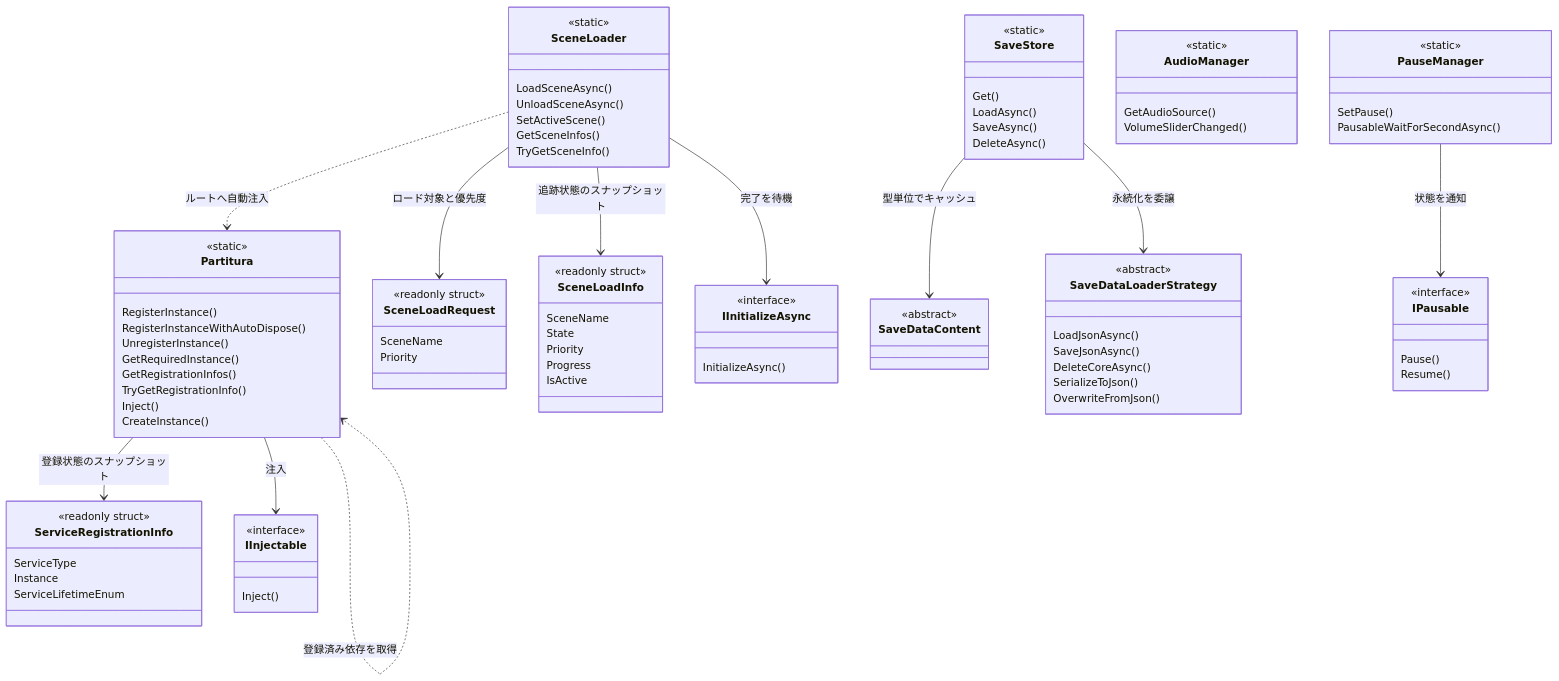
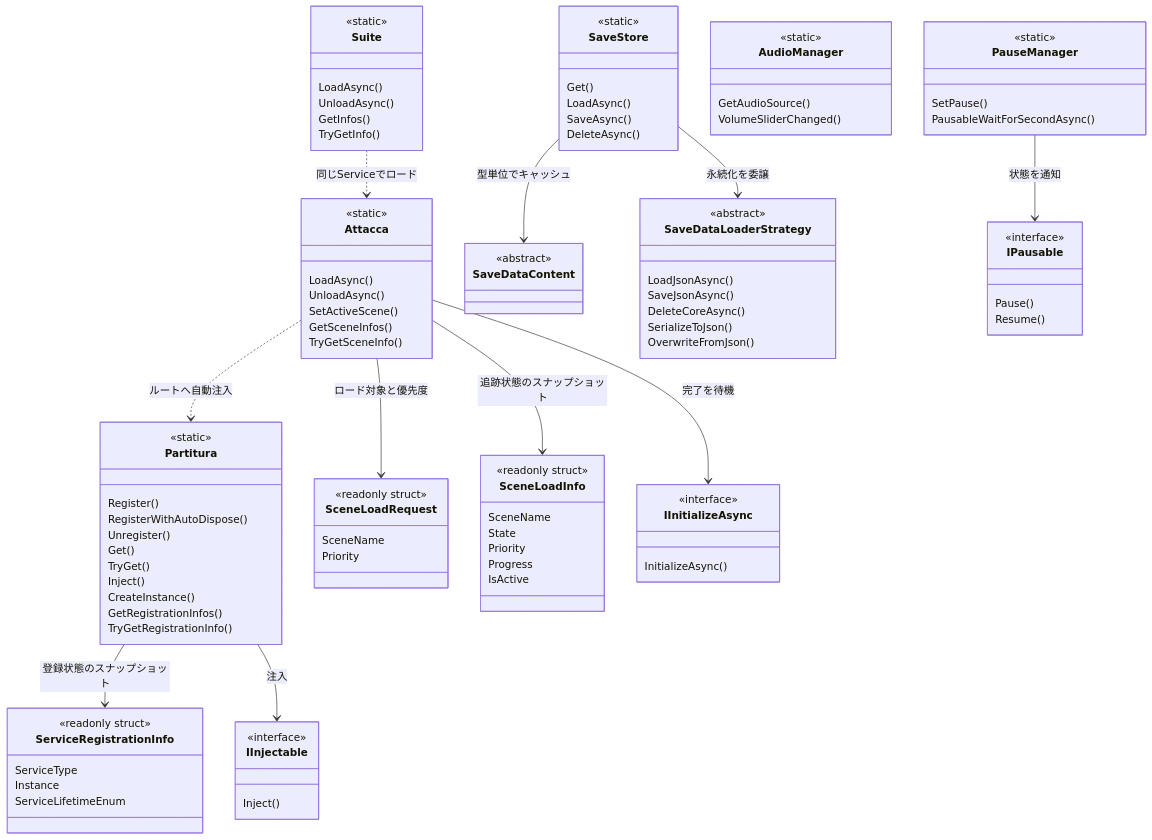
The third of 9 diagrams in Documentation/ModuleInternals.md (HIBIKI5201/SymphonyWorkspace), drawn with Mermaid before and after one commit. The commit also changed other lines of this file and 8 other files, not shown here.

```diff
--- a/Documentation/ModuleInternals.md
+++ b/Documentation/ModuleInternals.md
@@ -58,10 +58,13 @@
 classDiagram
     class Partitura {
         <<static>>
-        RegisterInstance()
-        RegisterInstanceWithAutoDispose()
-        UnregisterInstance()
-        GetRequiredInstance()
+        Register()
+        RegisterWithAutoDispose()
+        Unregister()
+        Get()
+        TryGet()
+        Inject()
+        CreateInstance()
         GetRegistrationInfos()
         TryGetRegistrationInfo()
     }
@@ -71,22 +74,24 @@
         Instance
         ServiceLifetimeEnum
     }
-    class Partitura {
-        <<static>>
-        Inject()
-        CreateInstance()
-    }
     class IInjectable {
         <<interface>>
         Inject()
     }
-    class SceneLoader {
+    class Attacca {
         <<static>>
-        LoadSceneAsync()
-        UnloadSceneAsync()
+        LoadAsync()
+        UnloadAsync()
         SetActiveScene()
         GetSceneInfos()
         TryGetSceneInfo()
+    }
+    class Suite {
+        <<static>>
+        LoadAsync()
+        UnloadAsync()
+        GetInfos()
+        TryGetInfo()
     }
     class SceneLoadRequest {
         <<readonly struct>>
@@ -139,13 +144,13 @@
         Resume()
     }
 
-    Partitura ..> Partitura : 登録済み依存を取得
     Partitura --> ServiceRegistrationInfo : 登録状態のスナップショット
     Partitura --> IInjectable : 注入
-    SceneLoader --> SceneLoadRequest : ロード対象と優先度
-    SceneLoader --> SceneLoadInfo : 追跡状態のスナップショット
-    SceneLoader ..> Partitura : ルートへ自動注入
-    SceneLoader --> IInitializeAsync : 完了を待機
+    Attacca --> SceneLoadRequest : ロード対象と優先度
+    Attacca --> SceneLoadInfo : 追跡状態のスナップショット
+    Attacca ..> Partitura : ルートへ自動注入
+    Attacca --> IInitializeAsync : 完了を待機
+    Suite ..> Attacca : 同じServiceでロード
     SaveStore --> SaveDataContent : 型単位でキャッシュ
     SaveStore --> SaveDataLoaderStrategy : 永続化を委譲
     PauseManager --> IPausable : 状態を通知
```
